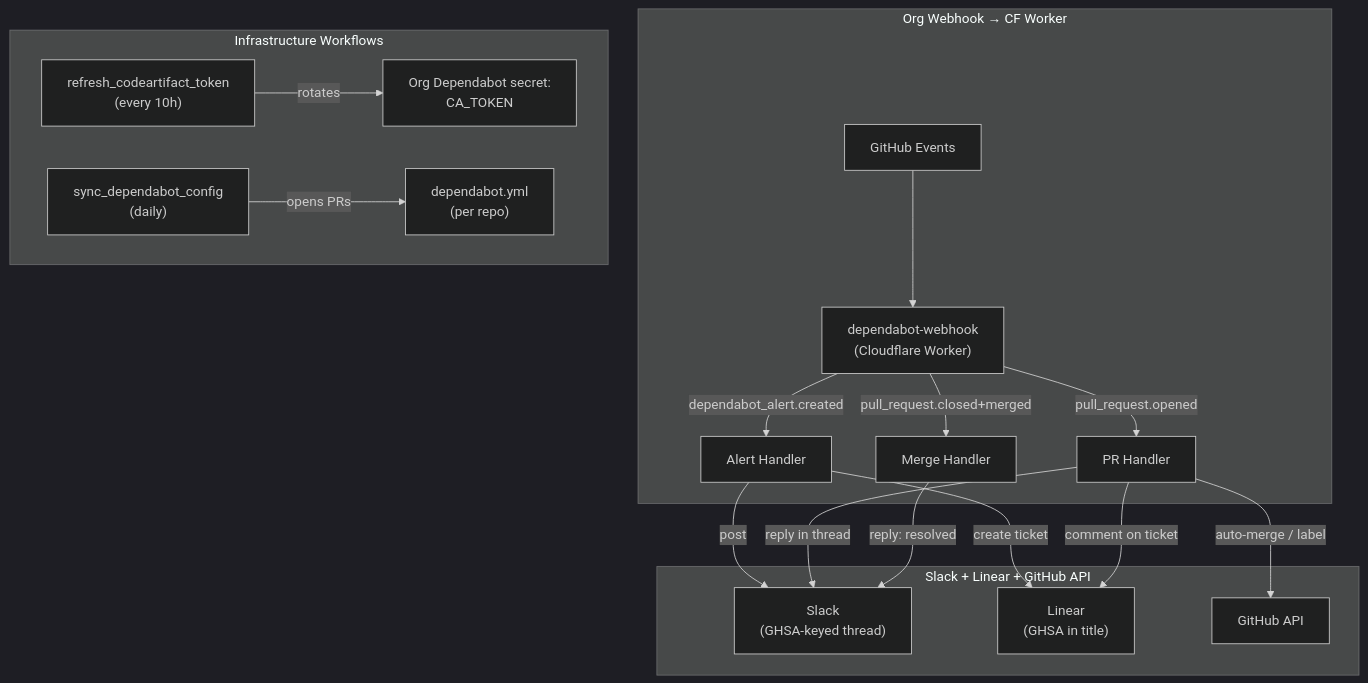
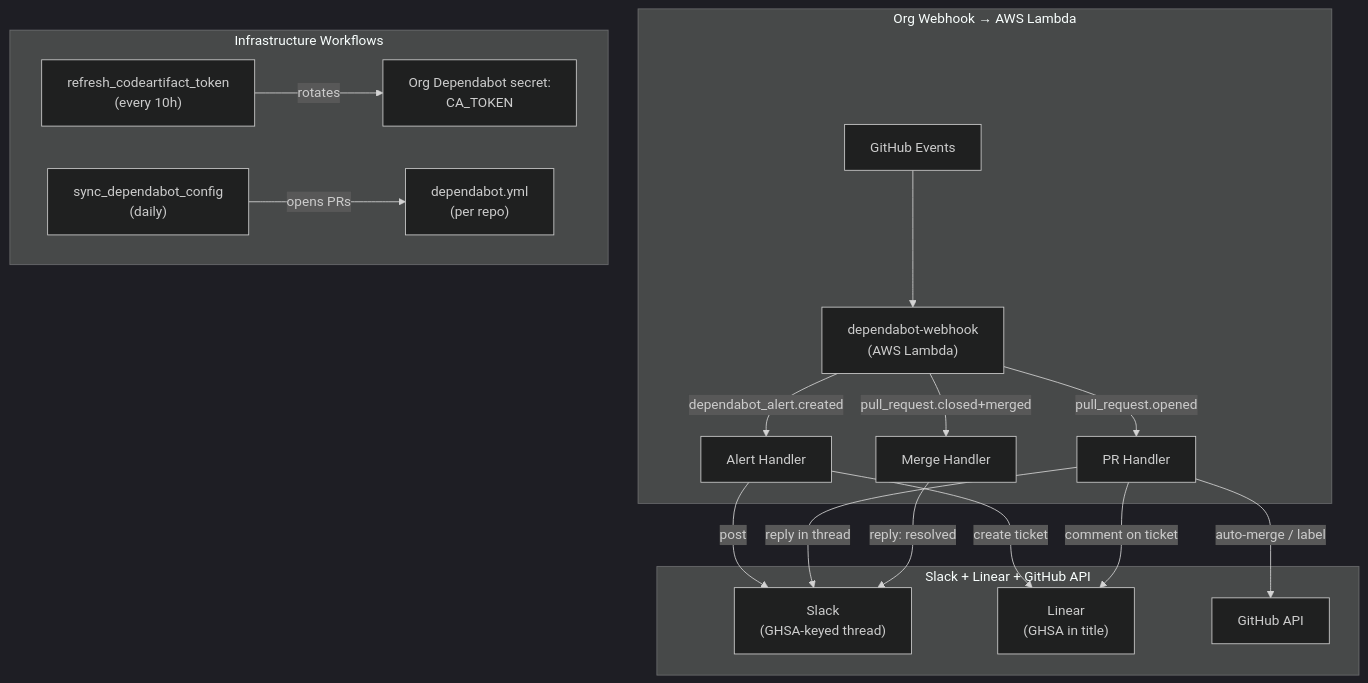
The first of 4 diagrams in README.md (amera-apps/.github), drawn with Mermaid (dark theme) before and after one commit. The commit also changed other lines of this file and 13 other files, not shown here.

Commit message:
feat: removed cf dependabot worker (migrated to infra repo as a lambda)

````diff
--- a/README.md
+++ b/README.md
@@ -10,23 +10,23 @@
 ```mermaid
 graph TD
-    subgraph webhook ["Org Webhook → CF Worker"]
-        GH["GitHub Events"] --> Worker["dependabot-webhook\n(Cloudflare Worker)"]
-        Worker -->|"dependabot_alert.created"| AlertHandler[Alert Handler]
-        Worker -->|"pull_request.opened"| PRHandler[PR Handler]
-        Worker -->|"pull_request.closed+merged"| MergeHandler[Merge Handler]
+    subgraph webhook ["Org Webhook → AWS Lambda"]
+        GH["GitHub Events"] --> Lambda["dependabot-webhook\n(AWS Lambda)"]
+        Lambda -->|"dependabot_alert.created"| AlertHandler[Alert Handler]
+        Lambda -->|"pull_request.opened"| PRHandler[PR Handler]
+        Lambda -->|"pull_request.closed+merged"| MergeHandler[Merge Handler]
     end
 
     subgraph actions ["Slack + Linear + GitHub API"]
         AlertHandler -->|"post"| Slack["Slack\n(GHSA-keyed thread)"]
         AlertHandler -->|"create ticket"| Linear["Linear\n(GHSA in title)"]
         PRHandler -->|"reply in thread"| Slack
         PRHandler -->|"comment on ticket"| Linear
         PRHandler -->|"auto-merge / label"| GitHubAPI[GitHub API]
         MergeHandler -->|"reply: resolved"| Slack
     end
 
     subgraph infra [Infrastructure Workflows]
         Refresh["refresh_codeartifact_token\n(every 10h)"] -->|"rotates"| CASecret["Org Dependabot secret:\nCA_TOKEN"]
         Sync["sync_dependabot_config\n(daily)"] -->|"opens PRs"| DYml["dependabot.yml\n(per repo)"]
     end
 ```
````
